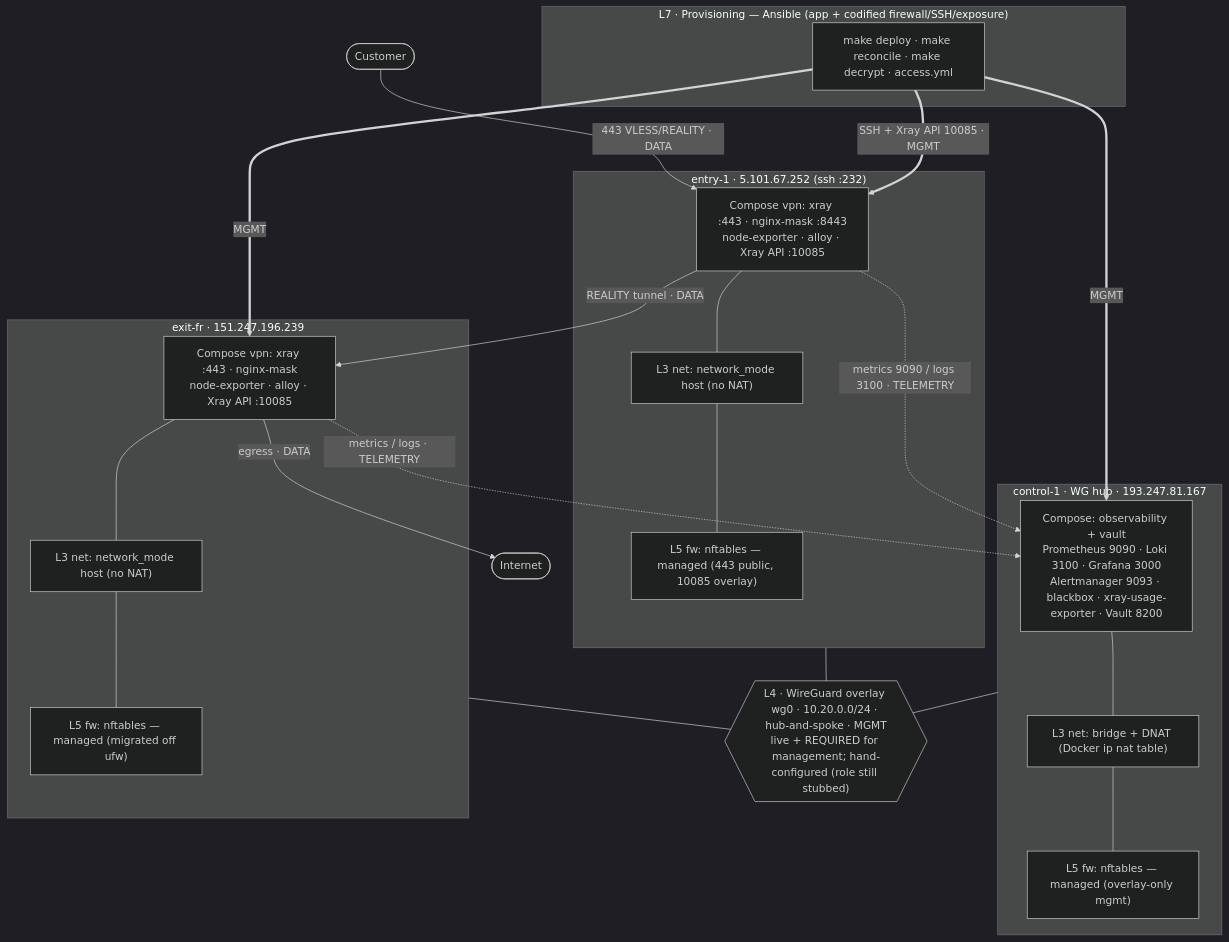
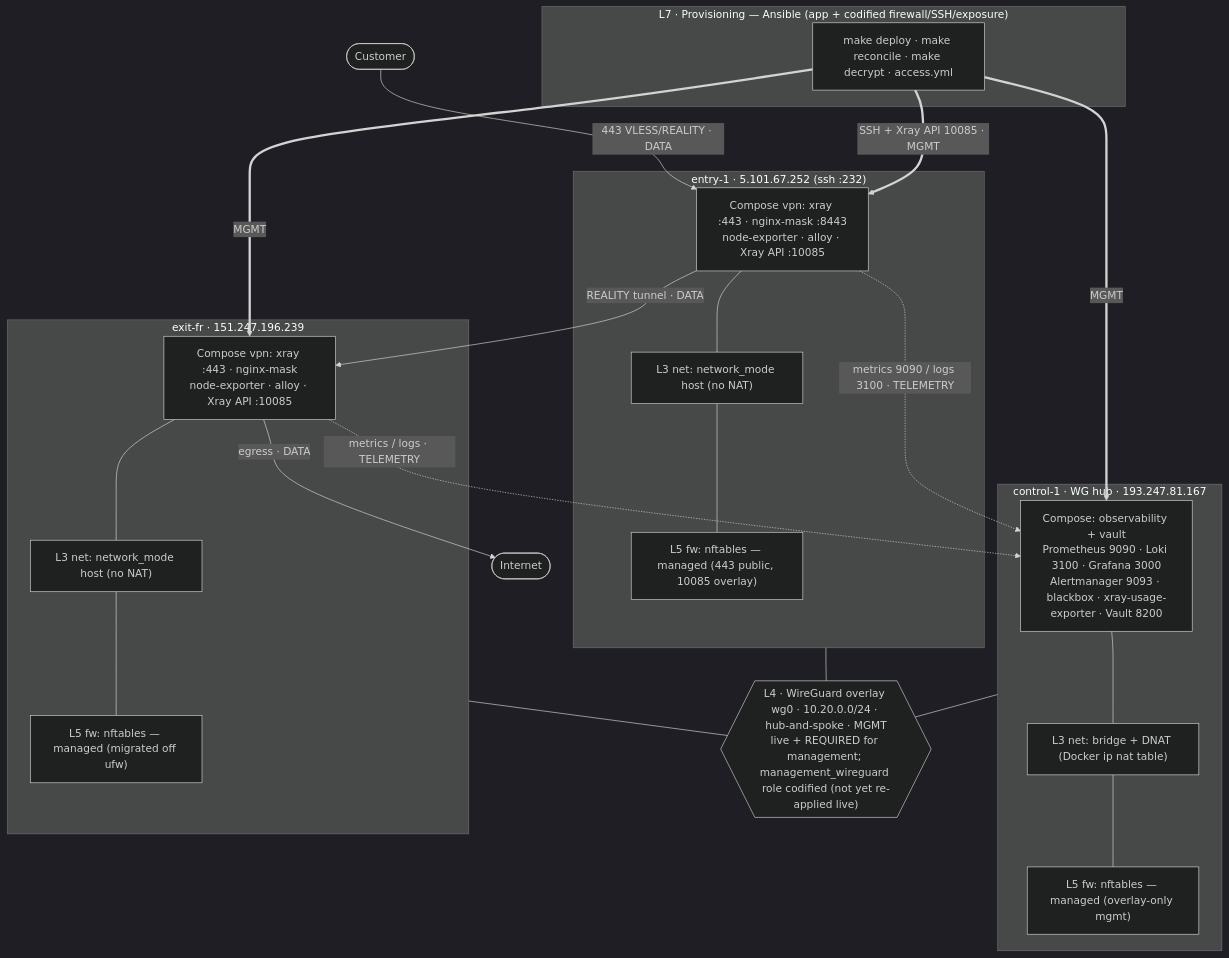
The first of 3 diagrams in ARCHITECTURE.md (SpiritTechDevelopment/Infrastructure), drawn with Mermaid (dark theme) before and after one commit. The commit also changed other lines of this file, not shown here.

First line of the commit message:
docs: reconcile ARCHITECTURE.md with current state

````diff
--- a/ARCHITECTURE.md
+++ b/ARCHITECTURE.md
@@ -57,46 +62,46 @@
 ```mermaid
 graph TB
     subgraph PROV["L7 · Provisioning — Ansible (app + codified firewall/SSH/exposure)"]
         ANS["make deploy · make reconcile · make decrypt · access.yml"]
     end
 
     CUST(["Customer"])
     NET(["Internet"])
 
     subgraph CTRL["control-1 · WG hub · 193.247.81.167"]
         CTRLc["Compose: observability + vault<br/>Prometheus 9090 · Loki 3100 · Grafana 3000<br/>Alertmanager 9093 · blackbox · xray-usage-exporter · Vault 8200"]
         CTRLnet["L3 net: bridge + DNAT (Docker ip nat table)"]
         CTRLfw["L5 fw: nftables — managed (overlay-only mgmt)"]
         CTRLc --- CTRLnet --- CTRLfw
     end
 
     subgraph ENTRY["entry-1 · 5.101.67.252 (ssh :232)"]
         ENTRYc["Compose vpn: xray :443 · nginx-mask :8443<br/>node-exporter · alloy · Xray API :10085"]
         ENTRYnet["L3 net: network_mode host (no NAT)"]
         ENTRYfw["L5 fw: nftables — managed (443 public, 10085 overlay)"]
         ENTRYc --- ENTRYnet --- ENTRYfw
     end
 
     subgraph EXIT["exit-fr · 151.247.196.239"]
         EXITc["Compose vpn: xray :443 · nginx-mask<br/>node-exporter · alloy · Xray API :10085"]
         EXITnet["L3 net: network_mode host (no NAT)"]
         EXITfw["L5 fw: nftables — managed (migrated off ufw)"]
         EXITc --- EXITnet --- EXITfw
     end
 
     CUST -->|"443 VLESS/REALITY · DATA"| ENTRYc
     ENTRYc -->|"REALITY tunnel · DATA"| EXITc
     EXITc -->|"egress · DATA"| NET
 
     ENTRYc -.->|"metrics 9090 / logs 3100 · TELEMETRY"| CTRLc
     EXITc -.->|"metrics / logs · TELEMETRY"| CTRLc
 
     ANS ==>|"SSH + Xray API 10085 · MGMT"| ENTRYc
     ANS ==>|"MGMT"| EXITc
     ANS ==>|"MGMT"| CTRLc
 
-    WG{{"L4 · WireGuard overlay wg0 · 10.20.0.0/24 · hub-and-spoke · MGMT<br/>live + REQUIRED for management; hand-configured (role still stubbed)"}}
+    WG{{"L4 · WireGuard overlay wg0 · 10.20.0.0/24 · hub-and-spoke · MGMT<br/>live + REQUIRED for management; management_wireguard role codified (not yet re-applied live)"}}
     CTRL --- WG
     ENTRY --- WG
     EXIT --- WG
 ```
````
